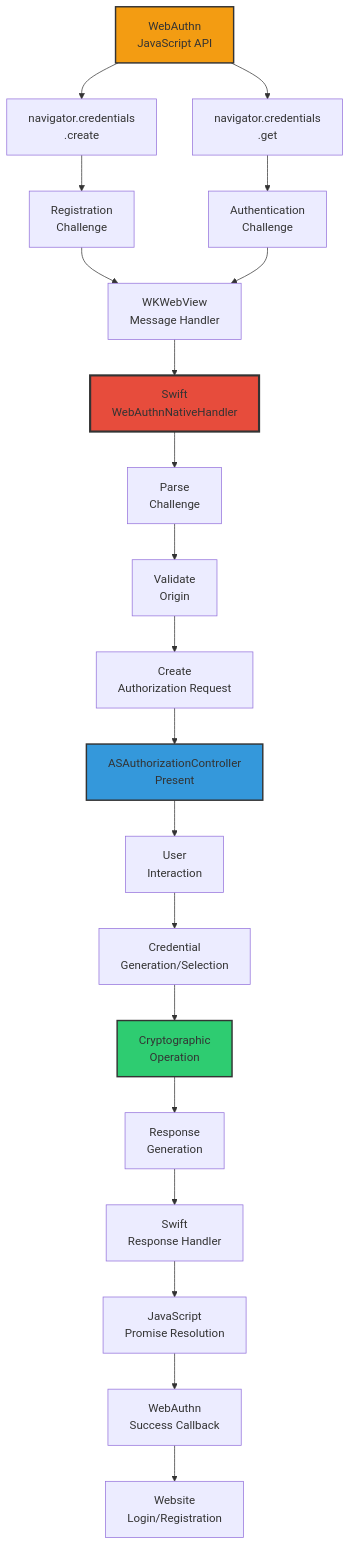
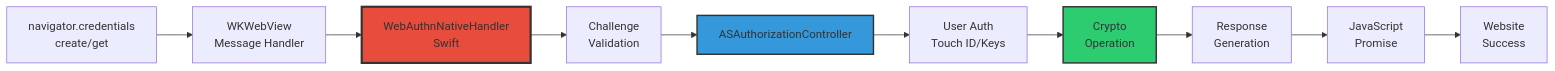
The seventh of 7 diagrams in README.md (webauthnai/Web-Man), drawn with Mermaid before and after one commit. The commit also changed other lines of this file and 1 other file, not shown here.

````diff
--- a/README.md
+++ b/README.md
@@ -343,37 +312,18 @@
 ```mermaid
-graph TD
-    A[WebAuthn<br/>JavaScript API]
-    A --> B[navigator.credentials<br/>.create]
-    A --> C[navigator.credentials<br/>.get]
+graph LR
+    A[navigator.credentials<br/>create/get] --> B[WKWebView<br/>Message Handler]
+    B --> C[WebAuthnNativeHandler<br/>Swift]
     
-    B --> D[Registration<br/>Challenge]
-    C --> E[Authentication<br/>Challenge]
+    C --> D[Challenge<br/>Validation]
+    D --> E[ASAuthorizationController]
+    E --> F[User Auth<br/>Touch ID/Keys]
     
-    D --> F[WKWebView<br/>Message Handler]
-    E --> F
+    F --> G[Crypto<br/>Operation]
+    G --> H[Response<br/>Generation]
+    H --> I[JavaScript<br/>Promise]
+    I --> J[Website<br/>Success]
     
-    F --> G[Swift<br/>WebAuthnNativeHandler]
-    
-    G --> H[Parse<br/>Challenge]
-    H --> I[Validate<br/>Origin]
-    I --> J[Create<br/>Authorization Request]
-    
-    J --> K[ASAuthorizationController<br/>Present]
-    
-    K --> L[User<br/>Interaction]
-    L --> M[Credential<br/>Generation/Selection]
-    
-    M --> N[Cryptographic<br/>Operation]
-    N --> O[Response<br/>Generation]
-    
-    O --> P[Swift<br/>Response Handler]
-    P --> Q[JavaScript<br/>Promise Resolution]
-    
-    Q --> R[WebAuthn<br/>Success Callback]
-    R --> S[Website<br/>Login/Registration]
-    
-    style A fill:#f39c12,stroke:#333,stroke-width:2px
-    style G fill:#e74c3c,stroke:#333,stroke-width:3px
-    style K fill:#3498db,stroke:#333,stroke-width:2px
-    style N fill:#2ecc71,stroke:#333,stroke-width:2px
+    style C fill:#e74c3c,stroke:#333,stroke-width:3px
+    style E fill:#3498db,stroke:#333,stroke-width:2px
+    style G fill:#2ecc71,stroke:#333,stroke-width:2px
 ```
````
